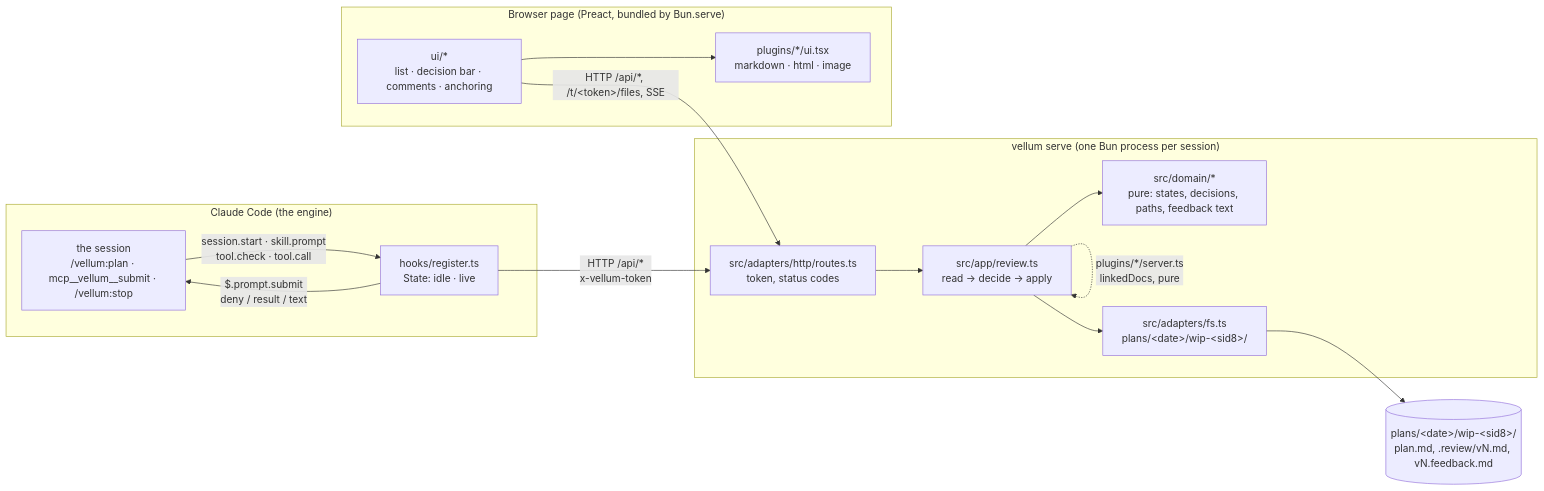
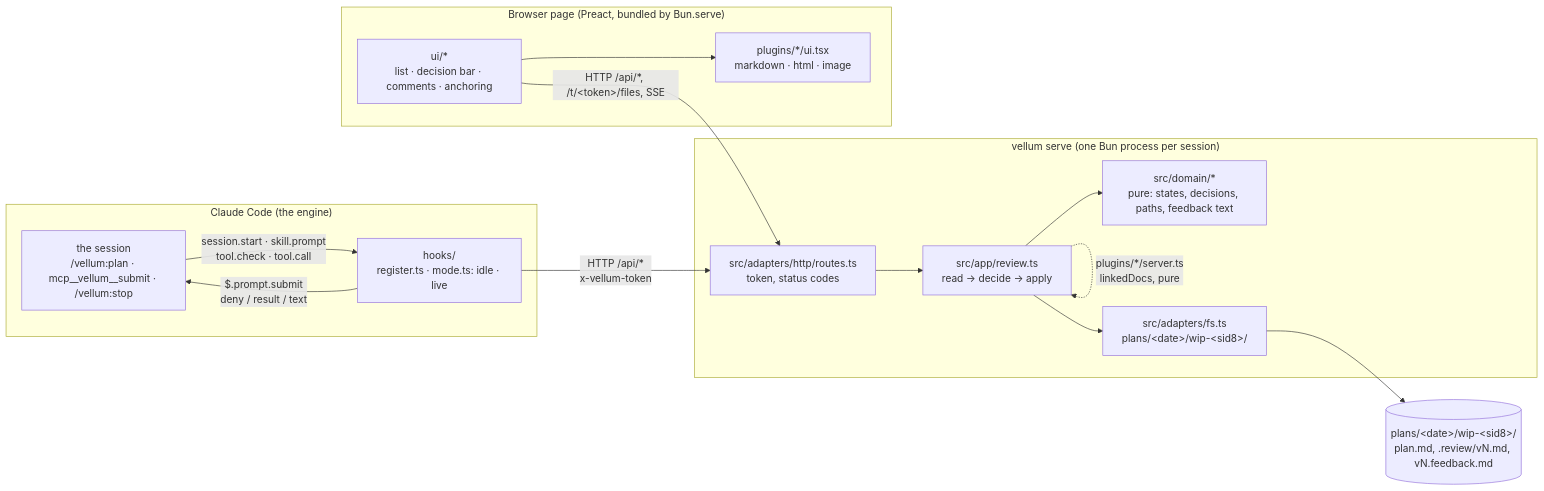
One commit to DYNOSuprovo/claude-code-plugins changed the first of 4 diagrams in vellum/docs/architecture.md. Above: the diagram before and after it, drawn with Mermaid. The commit also changed other lines of this file and 20 other files, not shown here.

````diff
--- a/vellum/docs/architecture.md
+++ b/vellum/docs/architecture.md
@@ -10,27 +10,27 @@
 ```mermaid
 flowchart LR
   subgraph engine["Claude Code (the engine)"]
     CC["the session<br/>/vellum:plan · mcp__vellum__submit · /vellum:stop"]
-    M["hooks/register.ts<br/>State: idle · live"]
+    M["hooks/<br/>register.ts · mode.ts: idle · live"]
     CC -- "session.start · skill.prompt<br/>tool.check · tool.call" --> M
     M -- "$.prompt.submit<br/>deny / result / text" --> CC
   end
   subgraph server["vellum serve (one Bun process per session)"]
     R["src/adapters/http/routes.ts<br/>token, status codes"]
     A["src/app/review.ts<br/>read → decide → apply"]
     T["src/domain/*<br/>pure: states, decisions, paths, feedback text"]
     W["src/adapters/fs.ts<br/>plans/&lt;date&gt;/wip-&lt;sid8&gt;/"]
     R --> A --> T
     A --> W
   end
   subgraph page["Browser page (Preact, bundled by Bun.serve)"]
     U["ui/*<br/>list · decision bar · comments · anchoring"]
     P["plugins/*/ui.tsx<br/>markdown · html · image"]
     U --> P
   end
   M -- "HTTP /api/*<br/>x-vellum-token" --> R
   U -- "HTTP /api/*, /t/&lt;token&gt;/files, SSE" --> R
   A -. "plugins/*/server.ts<br/>linkedDocs, pure" .-> A
   F[("plans/&lt;date&gt;/wip-&lt;sid8&gt;/<br/>plan.md, .review/vN.md, vN.feedback.md")]
   W --> F
 ```
````
